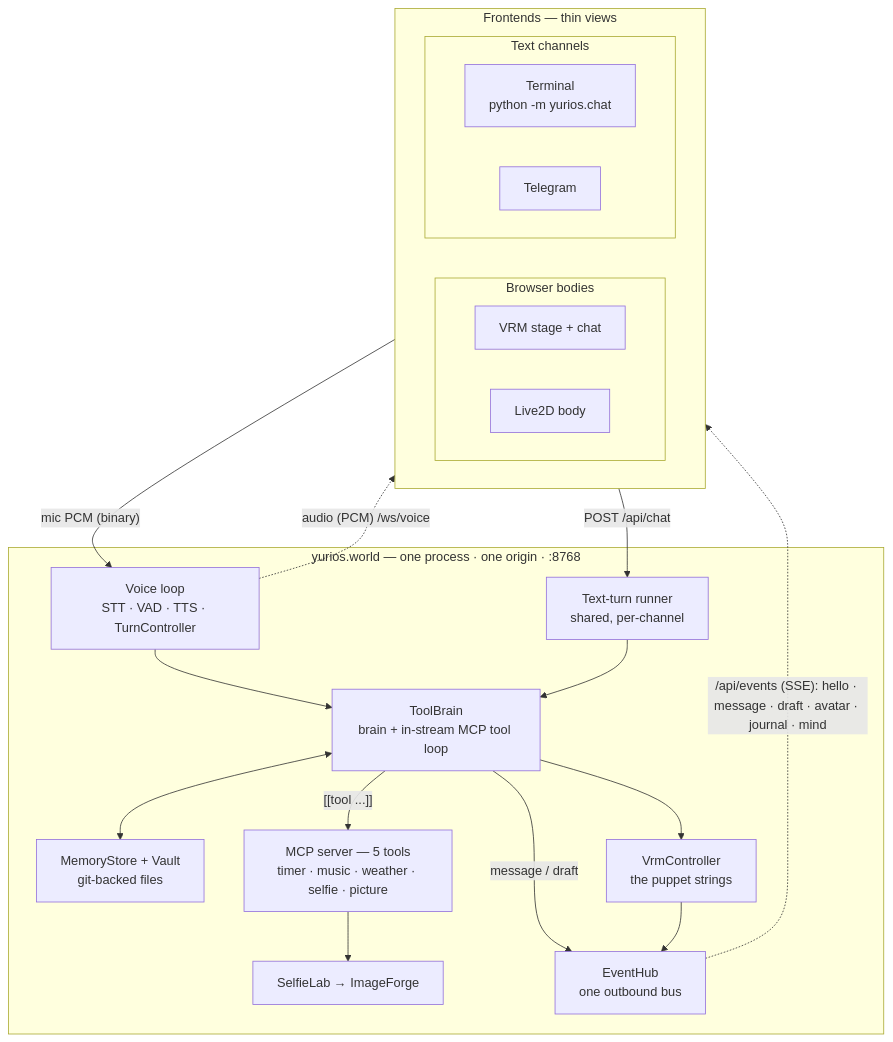
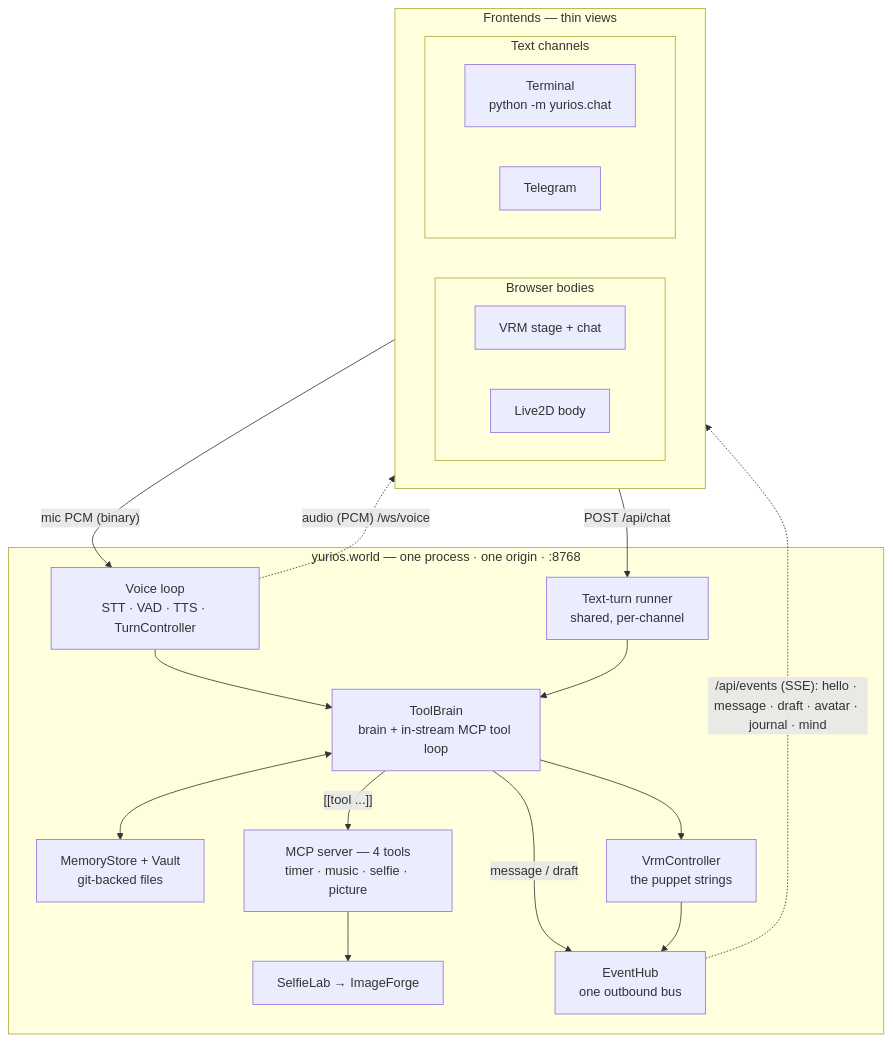
Before and after one commit to yuri-os/YuriOS: the first of 4 diagrams in docs/whitepaper.md, drawn with Mermaid. The commit also changed other lines of this file and 22 other files, not shown here.

````diff
--- a/docs/whitepaper.md
+++ b/docs/whitepaper.md
@@ -213,41 +213,41 @@
 ```mermaid
 flowchart TB
   subgraph FE["Frontends — thin views"]
     direction LR
     subgraph BR["Browser bodies"]
       direction LR
       W["VRM stage + chat"]
       L["Live2D body"]
     end
     subgraph TX["Text channels"]
       direction LR
       C["Terminal<br/>python -m yurios.chat"]
       TG["Telegram"]
     end
   end
 
   subgraph HOST["yurios.world — one process · one origin · :8768"]
     VOICE["Voice loop<br/>STT · VAD · TTS · TurnController"]
     TURNS["Text-turn runner<br/>shared, per-channel"]
     BRAIN["ToolBrain<br/>brain + in-stream MCP tool loop"]
     MEM["MemoryStore + Vault<br/>git-backed files"]
-    MCP["MCP server — 5 tools<br/>timer · music · weather · selfie · picture"]
+    MCP["MCP server — 4 tools<br/>timer · music · selfie · picture"]
     FORGE["SelfieLab → ImageForge"]
     VRM["VrmController<br/>the puppet strings"]
     HUB["EventHub<br/>one outbound bus"]
   end
 
   BR -- "mic PCM (binary)" --> VOICE
   TX -- "POST /api/chat" --> TURNS
   VOICE --> BRAIN
   TURNS --> BRAIN
   BRAIN <--> MEM
   BRAIN -- "[[tool ...]]" --> MCP
   MCP --> FORGE
   BRAIN --> VRM
   BRAIN -- "message / draft" --> HUB
   VRM --> HUB
 
   HUB -. "/api/events (SSE): hello · message · draft · avatar · journal · mind" .-> FE
   VOICE -. "audio (PCM) /ws/voice" .-> BR
 ```
````
